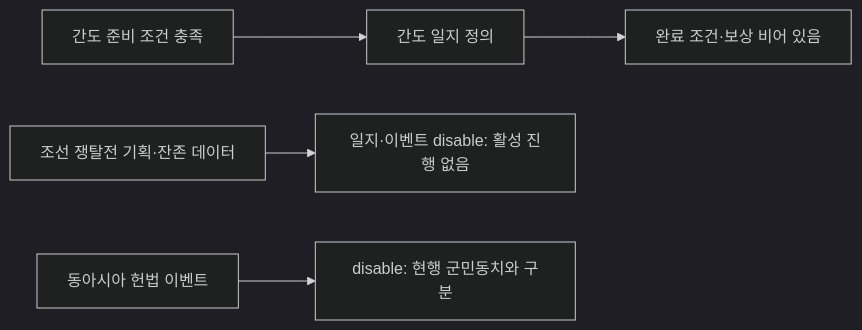
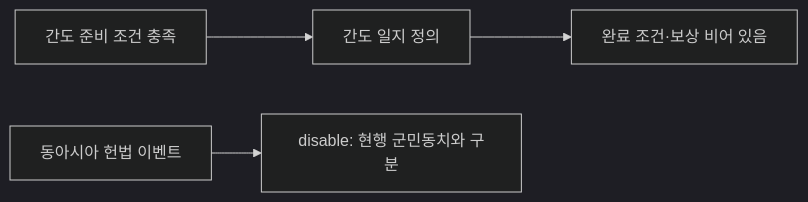
Before and after one commit to East-Asia-Flavor-Pack/East-Asia-Flavor-Pack: diagram 20 of 46 in documentation/joseon-content.md, drawn with Mermaid (dark theme). The commit also changed other lines of this file and 16 other files, not shown here.

````diff
--- a/documentation/joseon-content.md
+++ b/documentation/joseon-content.md
@@ -778,7 +779,6 @@
 ```mermaid
 flowchart LR
     A["간도 준비 조건 충족"] --> B["간도 일지 정의"]
     B --> C["완료 조건·보상 비어 있음"]
-    D["조선 쟁탈전 기획·잔존 데이터"] --> E["일지·이벤트 disable: 활성 진행 없음"]
     F["동아시아 헌법 이벤트"] --> G["disable: 현행 군민동치와 구분"]
 ```
````
